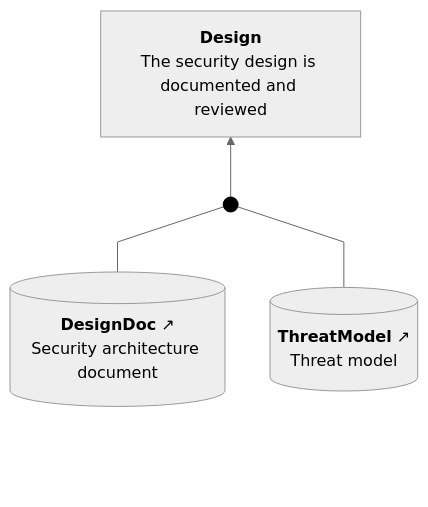
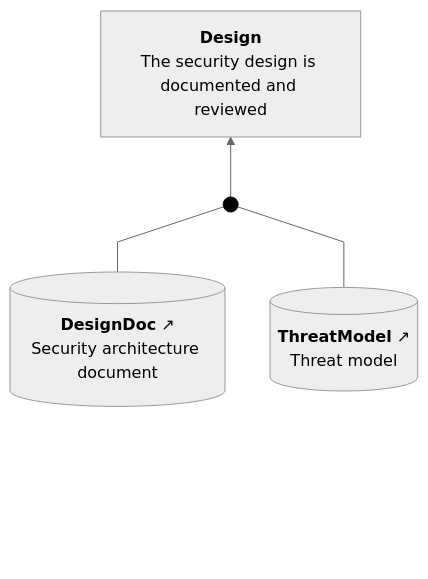
One commit to david-a-wheeler/verocase changed the third of 3 diagrams in tests/fixtures/badgeapp-doc-output.expected.md. Above: the diagram before and after it, drawn with Mermaid. The commit also changed other lines of this file and 8 other files, not shown here.

First line of the commit message:
Force BottomPadding to have vertical height

````diff
--- a/tests/fixtures/badgeapp-doc-output.expected.md
+++ b/tests/fixtures/badgeapp-doc-output.expected.md
@@ -111,30 +111,30 @@
 ```mermaid
 ---
 config:
   theme: neutral
   flowchart:
     curve: linear
     htmlLabels: true
     rankSpacing: 60
     nodeSpacing: 45
     padding: 15
 ---
 flowchart BT
     classDef invisible opacity:0
     classDef sacmDot fill:#000,stroke:#000
     classDef connector fill:none,stroke:#cccccc,stroke-width:1px;
     classDef abstractClaim stroke-width:2px,stroke-dasharray: 5 5;
     Design["<b>Design</b><br>The security design is documented and reviewed"]
     DesignDoc[("<b>DesignDoc</b>&nbsp;↗<br>Security architecture document")]
     ThreatModel[("<b>ThreatModel</b>&nbsp;↗<br>Threat model")]
     Dot1((" ")):::sacmDot
     click Design "https://github.com/david-a-wheeler/verocase/blob/main/tests/fixtures/badgeapp-doc-output.expected.md#claim-design"
     click DesignDoc "https://github.com/david-a-wheeler/verocase/blob/main/tests/fixtures/badgeapp-doc-output.expected.md#evidence-designdoc"
     click ThreatModel "https://github.com/david-a-wheeler/verocase/blob/main/tests/fixtures/badgeapp-doc-output.expected.md#evidence-threatmodel"
 
-    BottomPadding1[ ]:::invisible ~~~ DesignDoc
-    BottomPadding2[ ]:::invisible ~~~ ThreatModel
+    BottomPadding1["<br/><br/><br/>"]:::invisible ~~~ DesignDoc
+    BottomPadding2["<br/><br/><br/>"]:::invisible ~~~ ThreatModel
     DesignDoc --- Dot1
     ThreatModel --- Dot1
     Dot1 --> Design
 ```
````
